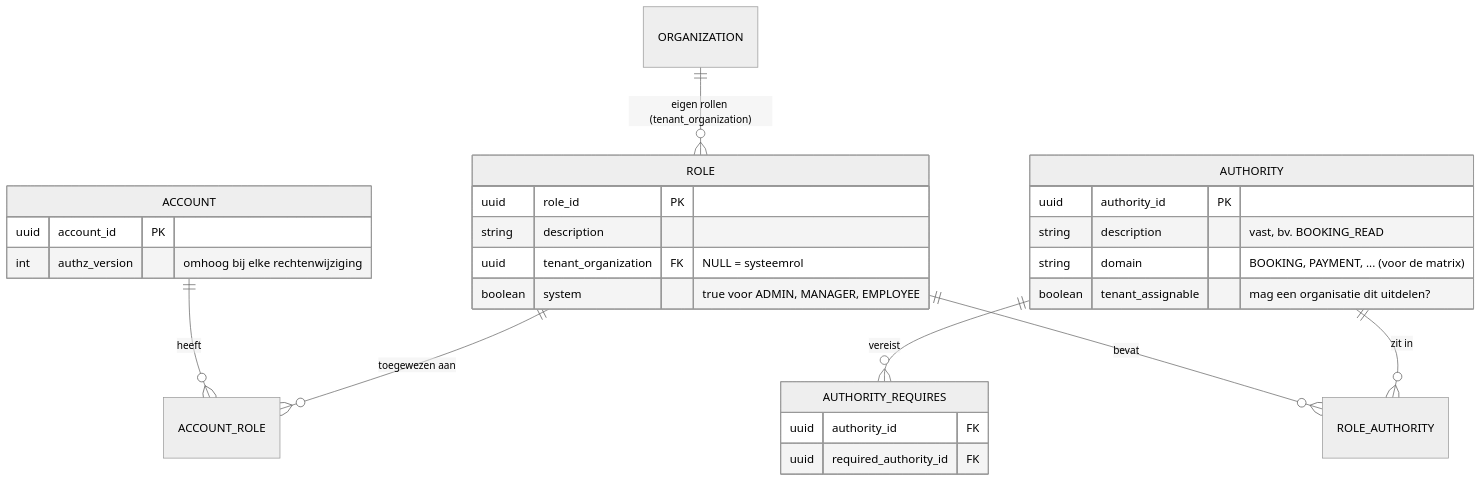
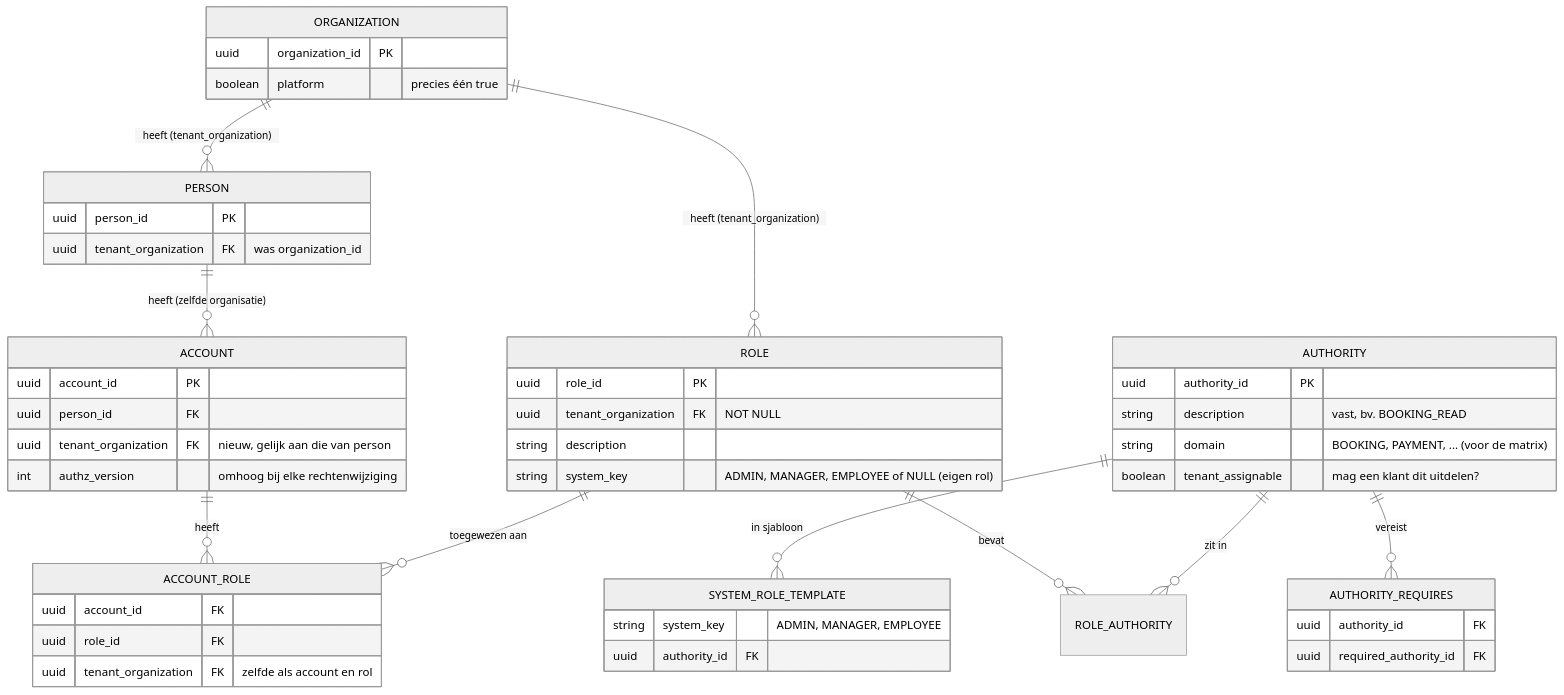
Before and after one commit to kbosma/rds: the second of 12 diagrams in docs/voorstel-eigen-rollen.md, drawn with Mermaid (neutral theme). The commit also changed other lines of this file and 1 other file, not shown here.

Commit message:
docs: voorstel eigen rollen met platformorganisatie, rollen per organisatie (kopieën van systeemrollen), naamgeving en auditvelden

````diff
--- a/docs/voorstel-eigen-rollen.md
+++ b/docs/voorstel-eigen-rollen.md
@@ -34,30 +87,52 @@
 ```mermaid
 erDiagram
-    ORGANIZATION ||--o{ ROLE : "eigen rollen (tenant_organization)"
+    ORGANIZATION ||--o{ ROLE : "heeft (tenant_organization)"
+    ORGANIZATION ||--o{ PERSON : "heeft (tenant_organization)"
+    PERSON ||--o{ ACCOUNT : "heeft (zelfde organisatie)"
     ROLE ||--o{ ROLE_AUTHORITY : bevat
     AUTHORITY ||--o{ ROLE_AUTHORITY : "zit in"
-    AUTHORITY ||--o{ AUTHORITY_REQUIRES : "vereist"
+    AUTHORITY ||--o{ AUTHORITY_REQUIRES : vereist
+    AUTHORITY ||--o{ SYSTEM_ROLE_TEMPLATE : "in sjabloon"
     ACCOUNT ||--o{ ACCOUNT_ROLE : heeft
     ROLE ||--o{ ACCOUNT_ROLE : "toegewezen aan"
 
+    ORGANIZATION {
+        uuid organization_id PK
+        boolean platform "precies één true"
+    }
+    PERSON {
+        uuid person_id PK
+        uuid tenant_organization FK "was organization_id"
+    }
+    ACCOUNT {
+        uuid account_id PK
+        uuid person_id FK
+        uuid tenant_organization FK "nieuw, gelijk aan die van person"
+        int authz_version "omhoog bij elke rechtenwijziging"
+    }
+    ROLE {
+        uuid role_id PK
+        uuid tenant_organization FK "NOT NULL"
+        string description
+        string system_key "ADMIN, MANAGER, EMPLOYEE of NULL (eigen rol)"
+    }
+    ACCOUNT_ROLE {
+        uuid account_id FK
+        uuid role_id FK
+        uuid tenant_organization FK "zelfde als account en rol"
+    }
     AUTHORITY {
         uuid authority_id PK
         string description "vast, bv. BOOKING_READ"
         string domain "BOOKING, PAYMENT, ... (voor de matrix)"
-        boolean tenant_assignable "mag een organisatie dit uitdelen?"
+        boolean tenant_assignable "mag een klant dit uitdelen?"
     }
     AUTHORITY_REQUIRES {
         uuid authority_id FK
         uuid required_authority_id FK
     }
-    ROLE {
-        uuid role_id PK
-        string description
-        uuid tenant_organization FK "NULL = systeemrol"
-        boolean system "true voor ADMIN, MANAGER, EMPLOYEE"
-    }
-    ACCOUNT {
-        uuid account_id PK
-        int authz_version "omhoog bij elke rechtenwijziging"
+    SYSTEM_ROLE_TEMPLATE {
+        string system_key "ADMIN, MANAGER, EMPLOYEE"
+        uuid authority_id FK
     }
 ```
````
